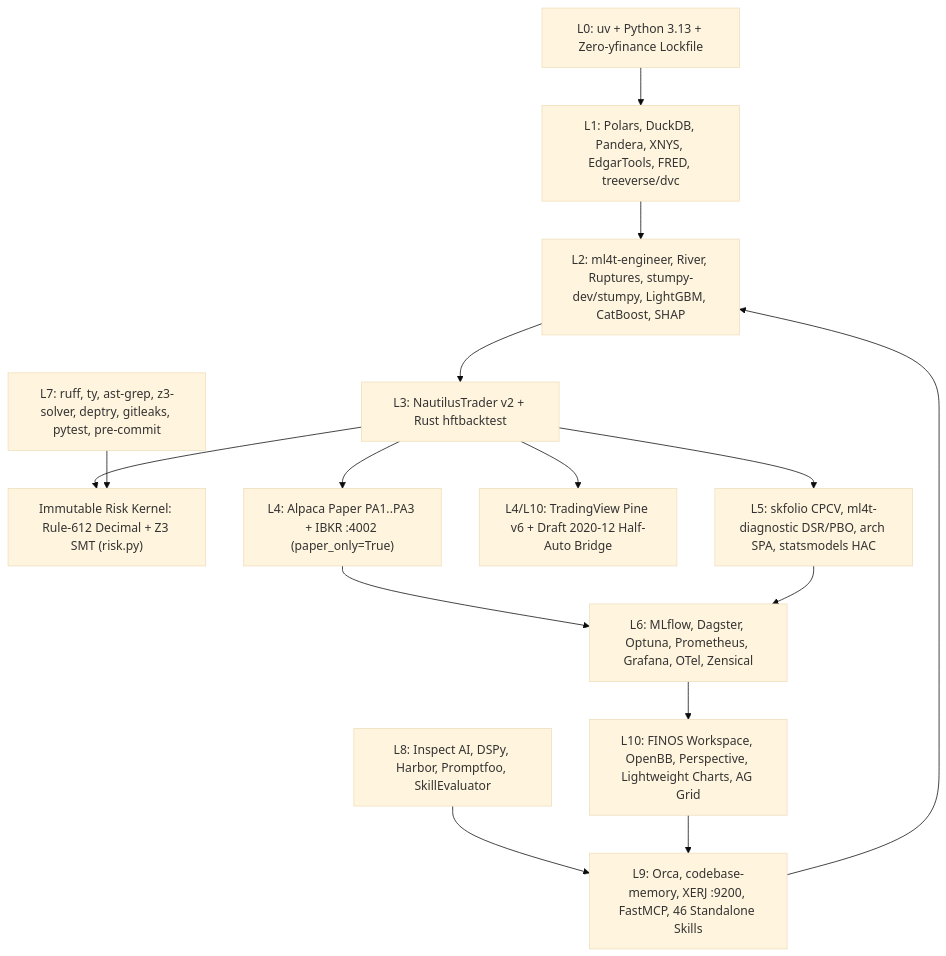
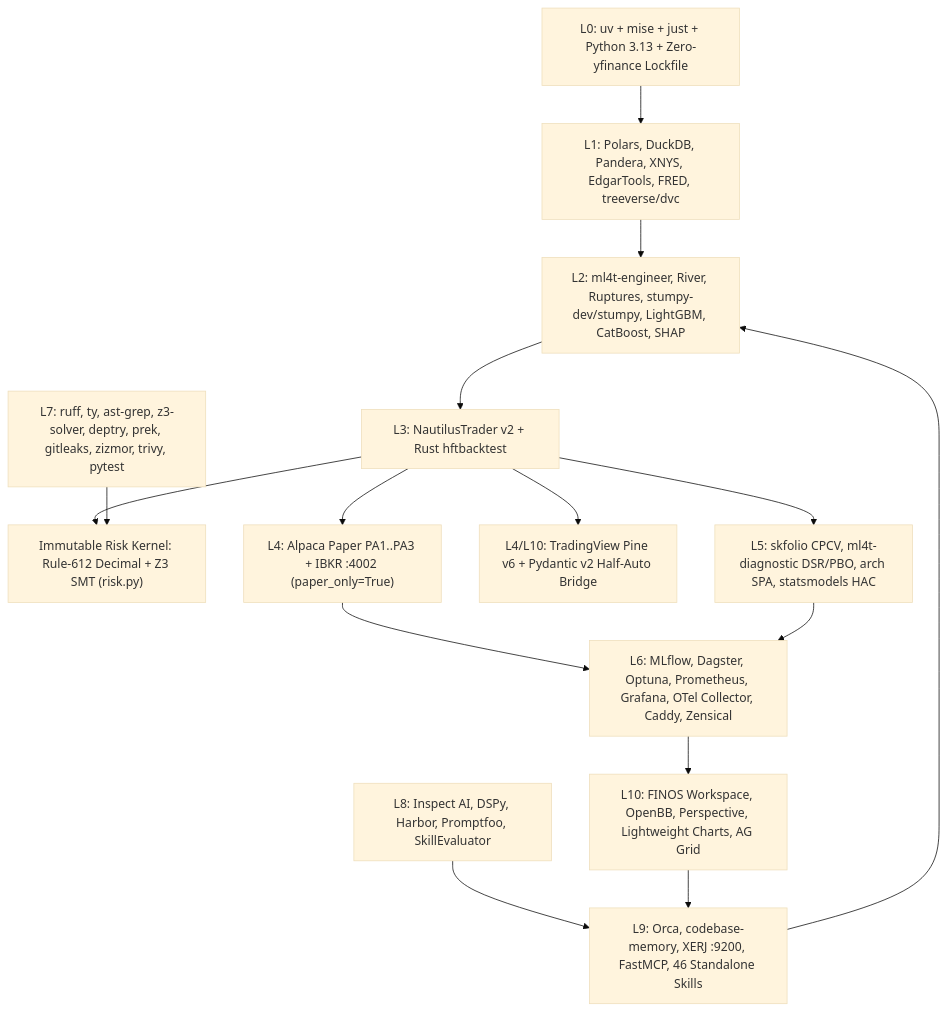
The diagram in docs/ARCHITECTURE_LAYER_MANIFEST.md (seathatflowsinourveins/noesis), drawn with Mermaid (base theme) before and after one commit. The commit also changed other lines of this file and 57 other files, not shown here.

````diff
--- a/docs/ARCHITECTURE_LAYER_MANIFEST.md
+++ b/docs/ARCHITECTURE_LAYER_MANIFEST.md
@@ -15,17 +15,17 @@
 ```mermaid
 flowchart TD
-    L0["L0: uv + Python 3.13 + Zero-yfinance Lockfile"] --> L1["L1: Polars, DuckDB, Pandera, XNYS, EdgarTools, FRED, treeverse/dvc"]
+    L0["L0: uv + mise + just + Python 3.13 + Zero-yfinance Lockfile"] --> L1["L1: Polars, DuckDB, Pandera, XNYS, EdgarTools, FRED, treeverse/dvc"]
     L1 --> L2["L2: ml4t-engineer, River, Ruptures, stumpy-dev/stumpy, LightGBM, CatBoost, SHAP"]
     L2 --> L3["L3: NautilusTrader v2 + Rust hftbacktest"]
     L3 --> RSK["Immutable Risk Kernel: Rule-612 Decimal + Z3 SMT (risk.py)"]
     L3 --> L4["L4: Alpaca Paper PA1..PA3 + IBKR :4002 (paper_only=True)"]
-    L3 --> TV["L4/L10: TradingView Pine v6 + Draft 2020-12 Half-Auto Bridge"]
+    L3 --> TV["L4/L10: TradingView Pine v6 + Pydantic v2 Half-Auto Bridge"]
     L3 --> L5["L5: skfolio CPCV, ml4t-diagnostic DSR/PBO, arch SPA, statsmodels HAC"]
-    L4 --> L6["L6: MLflow, Dagster, Optuna, Prometheus, Grafana, OTel, Zensical"]
+    L4 --> L6["L6: MLflow, Dagster, Optuna, Prometheus, Grafana, OTel Collector, Caddy, Zensical"]
     L5 --> L6
     L6 --> L10["L10: FINOS Workspace, OpenBB, Perspective, Lightweight Charts, AG Grid"]
-    L7["L7: ruff, ty, ast-grep, z3-solver, deptry, gitleaks, pytest, pre-commit"] --> RSK
+    L7["L7: ruff, ty, ast-grep, z3-solver, deptry, prek, gitleaks, zizmor, trivy, pytest"] --> RSK
     L8["L8: Inspect AI, DSPy, Harbor, Promptfoo, SkillEvaluator"] --> L9["L9: Orca, codebase-memory, XERJ :9200, FastMCP, 46 Standalone Skills"]
     L10 --> L9
     L9 --> L2
 ```
````
